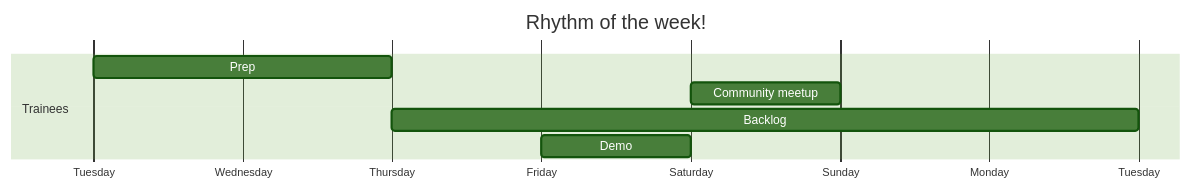
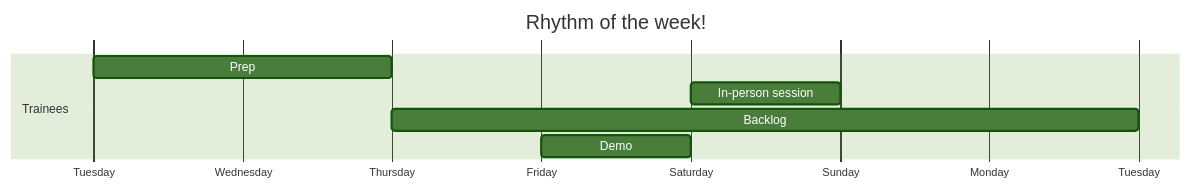
One commit to CodeYourFuture/curriculum changed the diagram in common-content/en/module/how-our-curriculum-works/rhythm-of-the-week/index.md. Above: the diagram before and after it, drawn with Mermaid (forest theme). The commit also changed other lines of this file, not shown here.

Commit message:
add just order of mermaid diagram

````diff
--- a/common-content/en/module/how-our-curriculum-works/rhythm-of-the-week/index.md
+++ b/common-content/en/module/how-our-curriculum-works/rhythm-of-the-week/index.md
@@ -15,14 +15,14 @@
 ```mermaid
 gantt
    title Rhythm of the week!
    dateFormat  YYYY-MM-DD
    tickInterval 1day
    weekday tuesday
    axisFormat %A
 
    section Trainees
    Prep     :2024-01-09, 2d
-   Community meetup     :2024-01-13, 1d
+   In-person session   :2024-01-13, 1d
    Backlog :2024-01-11, 5d
    Demo :2024-01-12, 1d
 ```
````
